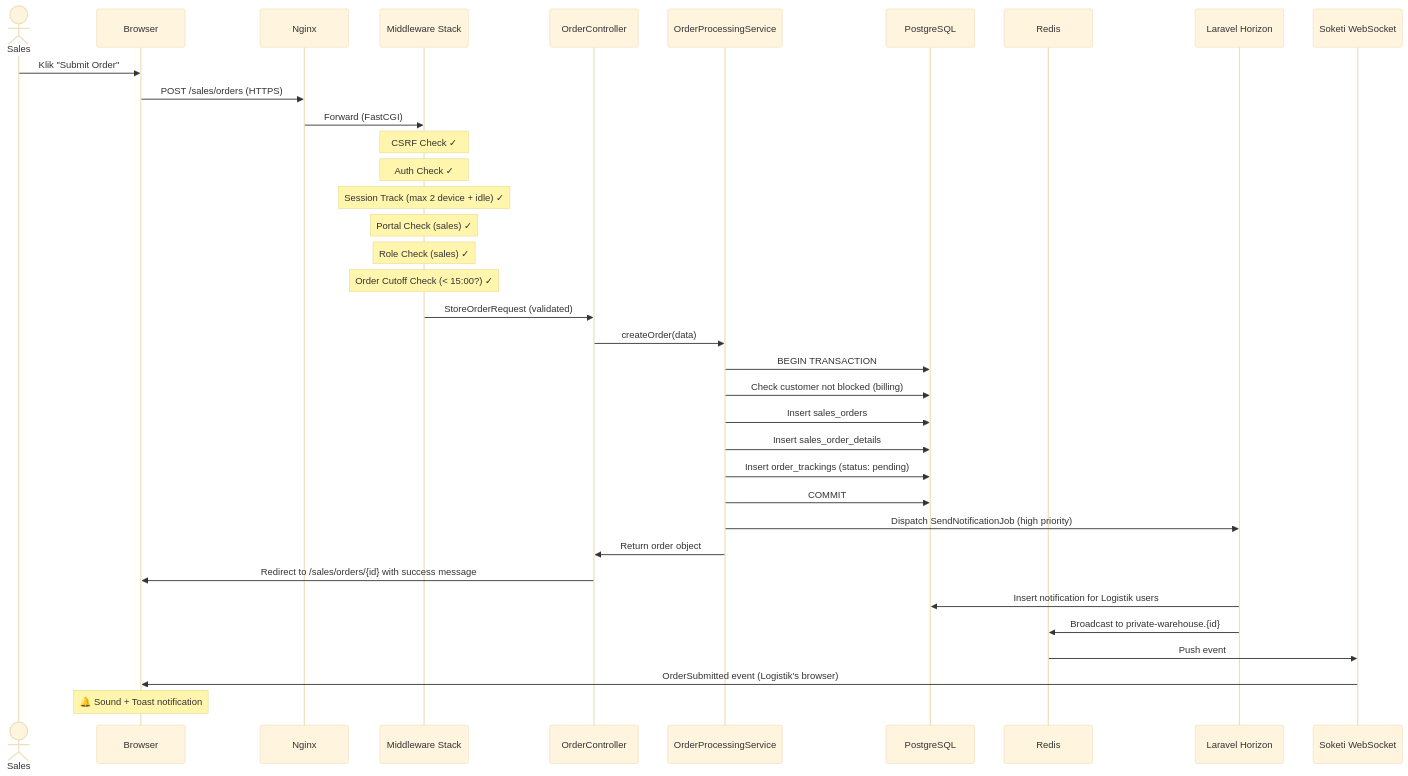
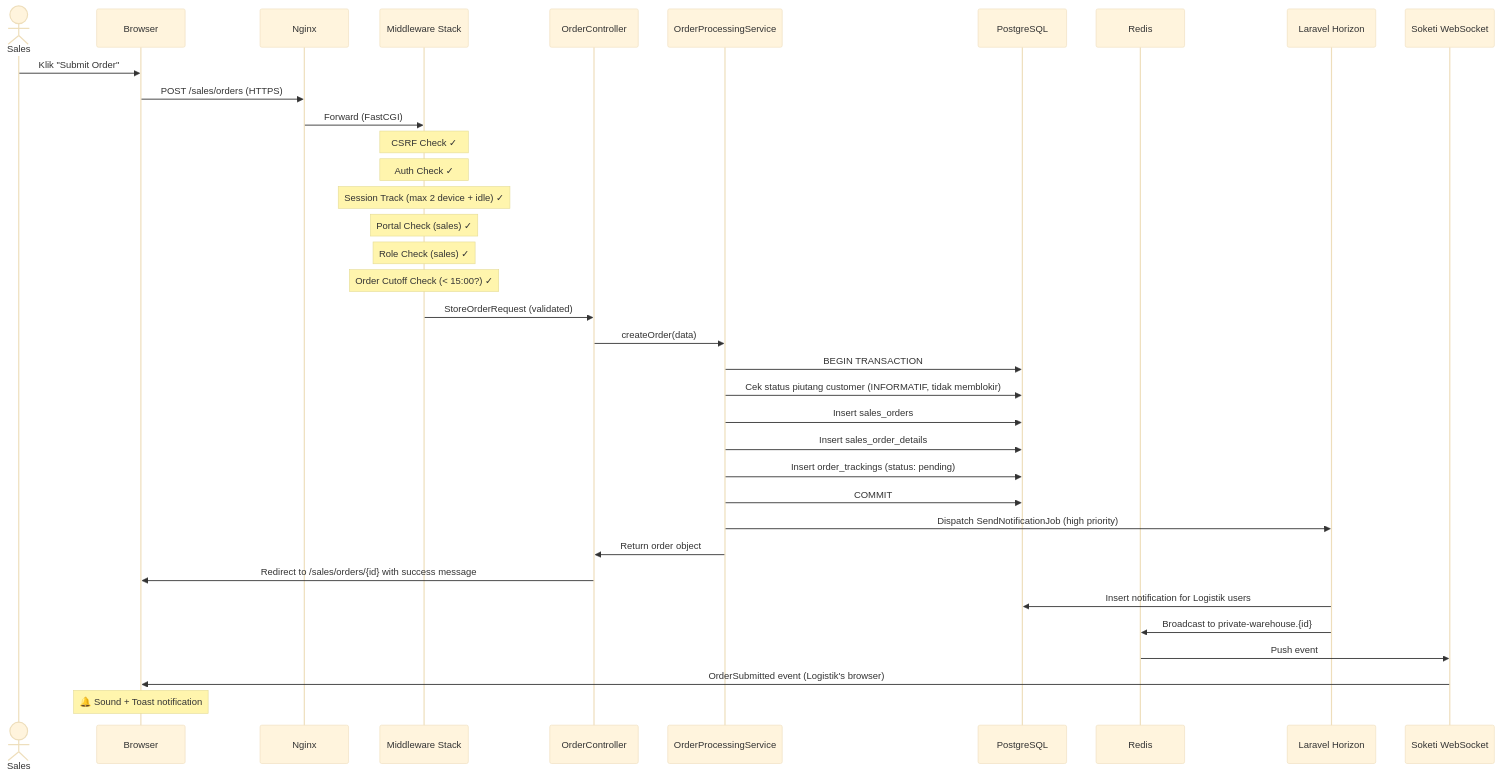
Before and after one commit to alfianmutaqin/berger-wms: the seventh of 7 diagrams in docs/3_system_architecture.md, drawn with Mermaid (base theme). The commit also changed 7 other files, not shown here.

````diff
--- a/docs/3_system_architecture.md
+++ b/docs/3_system_architecture.md
@@ -608,45 +608,45 @@
 ```mermaid
 sequenceDiagram
     actor Sales
     participant Browser
     participant Nginx
     participant Middleware as Middleware Stack
     participant Controller as OrderController
     participant Service as OrderProcessingService
     participant DB as PostgreSQL
     participant Redis
     participant Queue as Laravel Horizon
     participant WS as Soketi WebSocket
 
     Sales->>Browser: Klik "Submit Order"
     Browser->>Nginx: POST /sales/orders (HTTPS)
     Nginx->>Middleware: Forward (FastCGI)
     
     Note over Middleware: CSRF Check ✓
     Note over Middleware: Auth Check ✓
     Note over Middleware: Session Track (max 2 device + idle) ✓
     Note over Middleware: Portal Check (sales) ✓
     Note over Middleware: Role Check (sales) ✓
     Note over Middleware: Order Cutoff Check (< 15:00?) ✓
     
     Middleware->>Controller: StoreOrderRequest (validated)
     Controller->>Service: createOrder(data)
     
     Service->>DB: BEGIN TRANSACTION
-    Service->>DB: Check customer not blocked (billing)
+    Service->>DB: Cek status piutang customer (INFORMATIF, tidak memblokir)
     Service->>DB: Insert sales_orders
     Service->>DB: Insert sales_order_details
     Service->>DB: Insert order_trackings (status: pending)
     Service->>DB: COMMIT
     
     Service->>Queue: Dispatch SendNotificationJob (high priority)
     Service->>Controller: Return order object
     
     Controller->>Browser: Redirect to /sales/orders/{id} with success message
     
     Queue->>DB: Insert notification for Logistik users
     Queue->>Redis: Broadcast to private-warehouse.{id}
     Redis->>WS: Push event
     WS->>Browser: OrderSubmitted event (Logistik's browser)
     Note over Browser: 🔔 Sound + Toast notification
 ```
````
